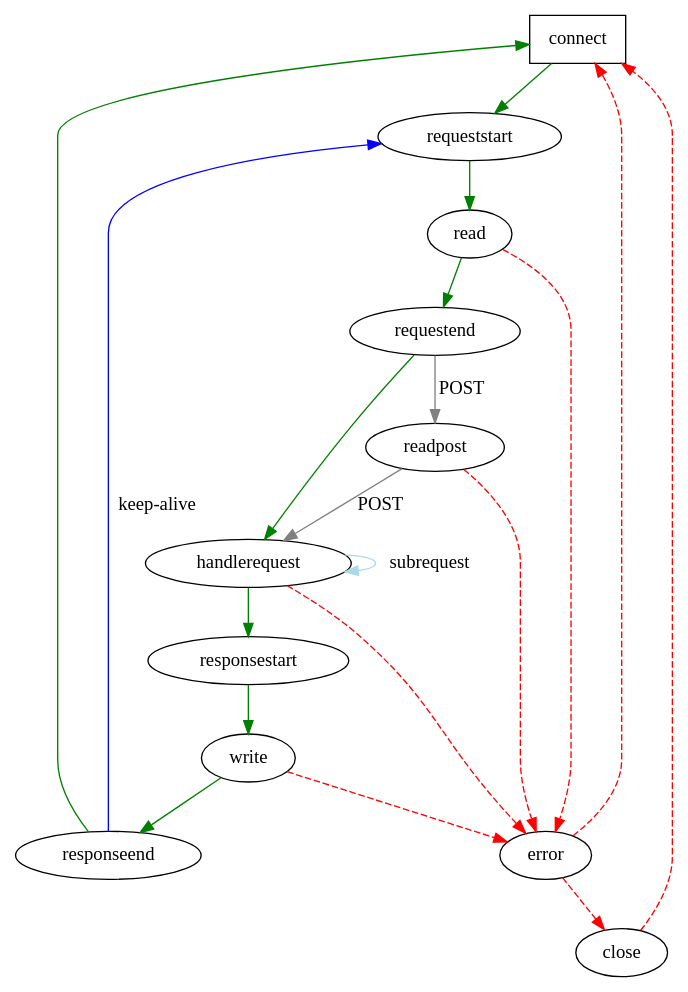
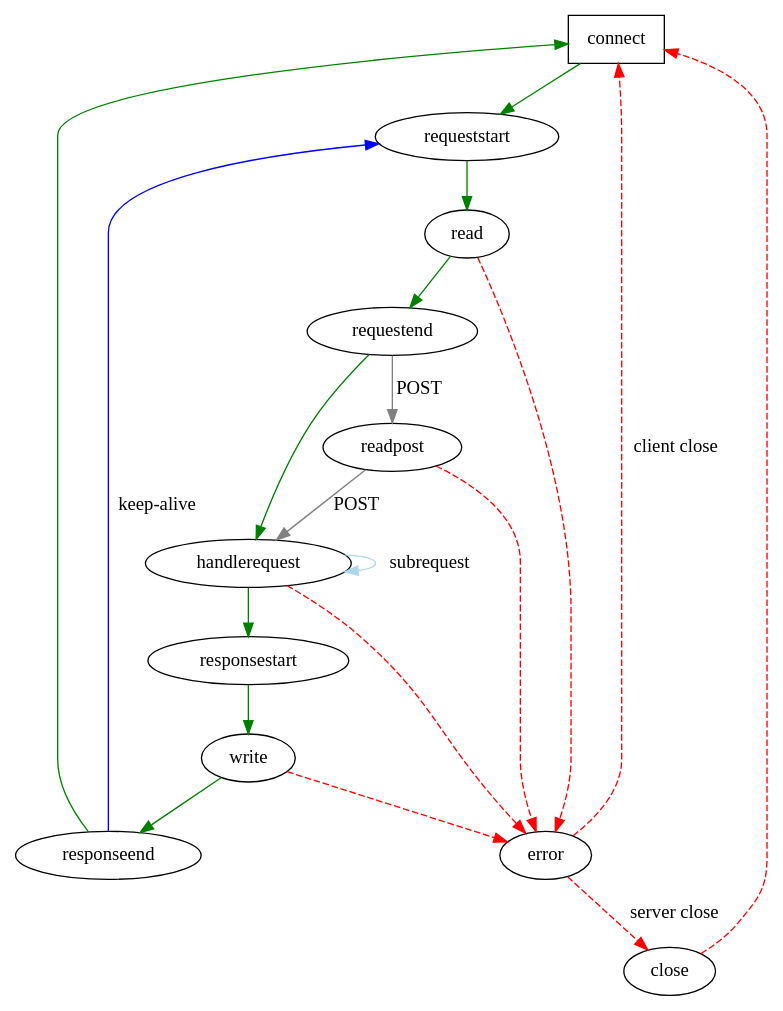
The diagram in doc/paper/state.dot (kernelhcy/swiftd), drawn with Graphviz before and after one commit. The commit also changed 6 other files, not shown here.

```diff
--- a/doc/paper/state.dot
+++ b/doc/paper/state.dot
@@ -1,19 +1,20 @@
 digraph state 
 {
   edge [color=green];
   connect -> requeststart -> read -> requestend -> handlerequest -> responsestart -> write -> responseend -> connect;
   edge [color=grey];
   requestend -> readpost -> handlerequest [ label="POST" ];
   edge [ color=blue]
   responseend -> requeststart [ label="keep-alive" ];
   edge [ color=lightblue]
   handlerequest -> handlerequest [ label="subrequest" ];
   edge [style=dashed, color=red];
-  error -> close -> connect;
-  error -> connect;
+  error -> close [ label="server close" ];
+  close -> connect;
+  error -> connect [ label="client close" ];
   handlerequest -> error;
   read -> error;
   readpost -> error;
   write -> error;
   connect [shape=box];
 }
```
